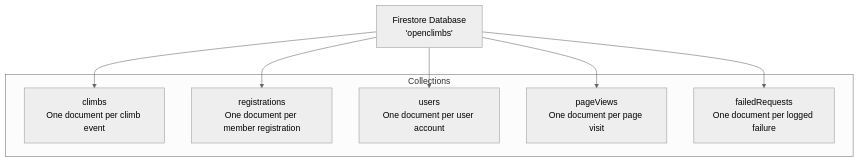
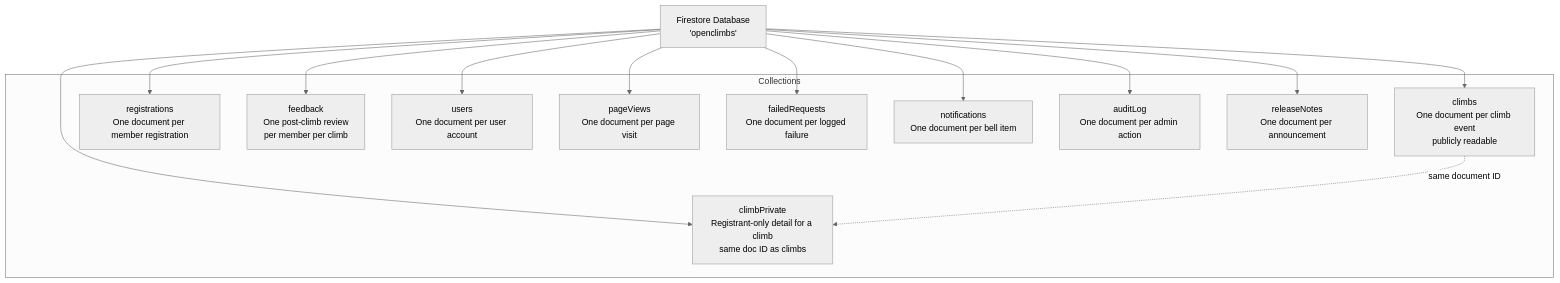
The first of 7 diagrams in docs/wiki/DATA.md (Oweeboi011/mms-open-climbs), drawn with Mermaid (neutral theme) before and after one commit. The commit also changed other lines of this file and 5 other files, not shown here.

````diff
--- a/docs/wiki/DATA.md
+++ b/docs/wiki/DATA.md
@@ -35,18 +38,30 @@
 ```mermaid
 graph TD
     DB["Firestore Database\n'openclimbs'"]
 
     subgraph Collections["Collections"]
-        C1["climbs\nOne document per climb event"]
+        C1["climbs\nOne document per climb event\npublicly readable"]
+        C1b["climbPrivate\nRegistrant-only detail for a climb\nsame doc ID as climbs"]
         C2["registrations\nOne document per member registration"]
+        C2b["feedback\nOne post-climb review\nper member per climb"]
         C3["users\nOne document per user account"]
         C4["pageViews\nOne document per page visit"]
         C5["failedRequests\nOne document per logged failure"]
+        C6["notifications\nOne document per bell item"]
+        C7["auditLog\nOne document per admin action"]
+        C8["releaseNotes\nOne document per announcement"]
     end
 
     DB --> C1
+    DB --> C1b
     DB --> C2
+    DB --> C2b
     DB --> C3
     DB --> C4
     DB --> C5
+    DB --> C6
+    DB --> C7
+    DB --> C8
+
+    C1 -. "same document ID" .-> C1b
 ```
````
